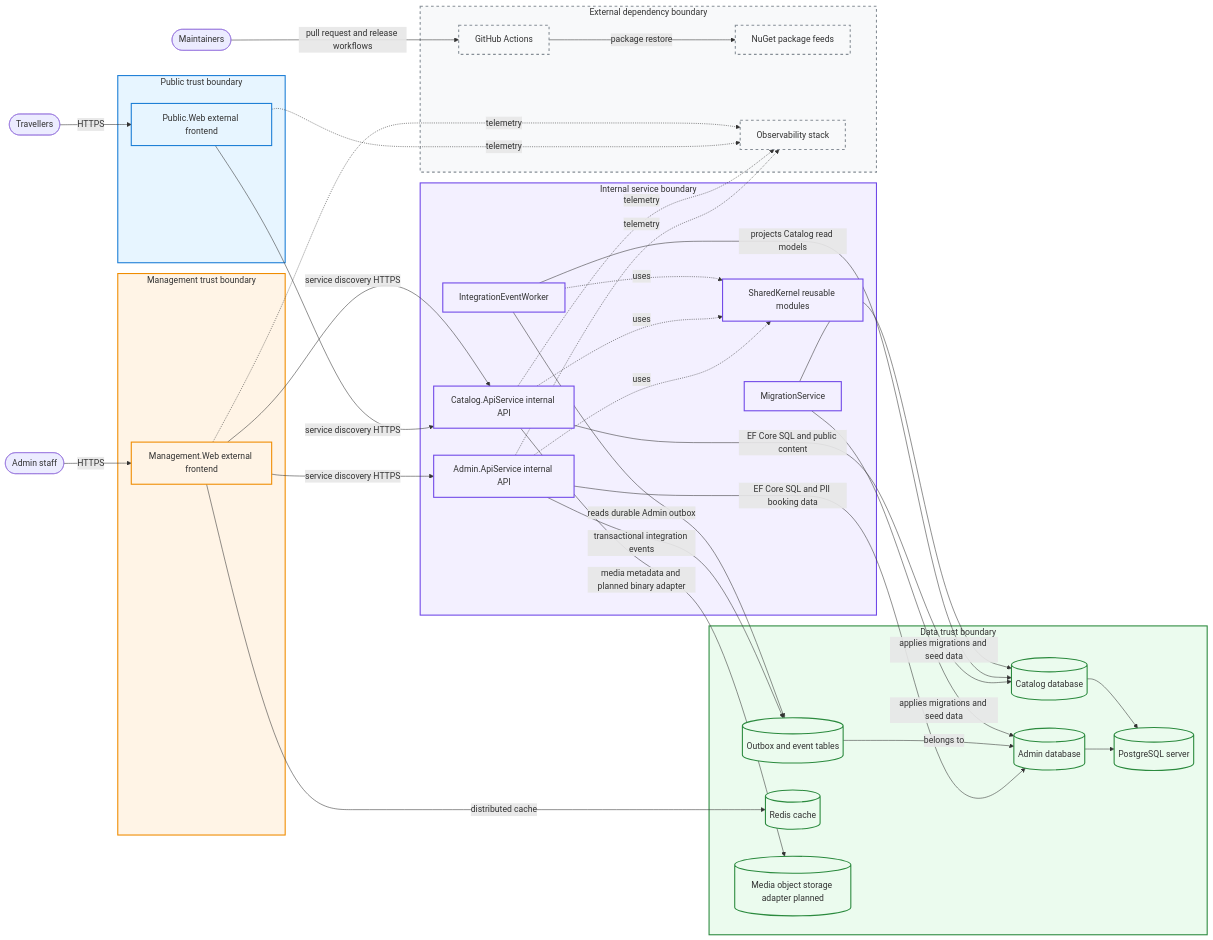
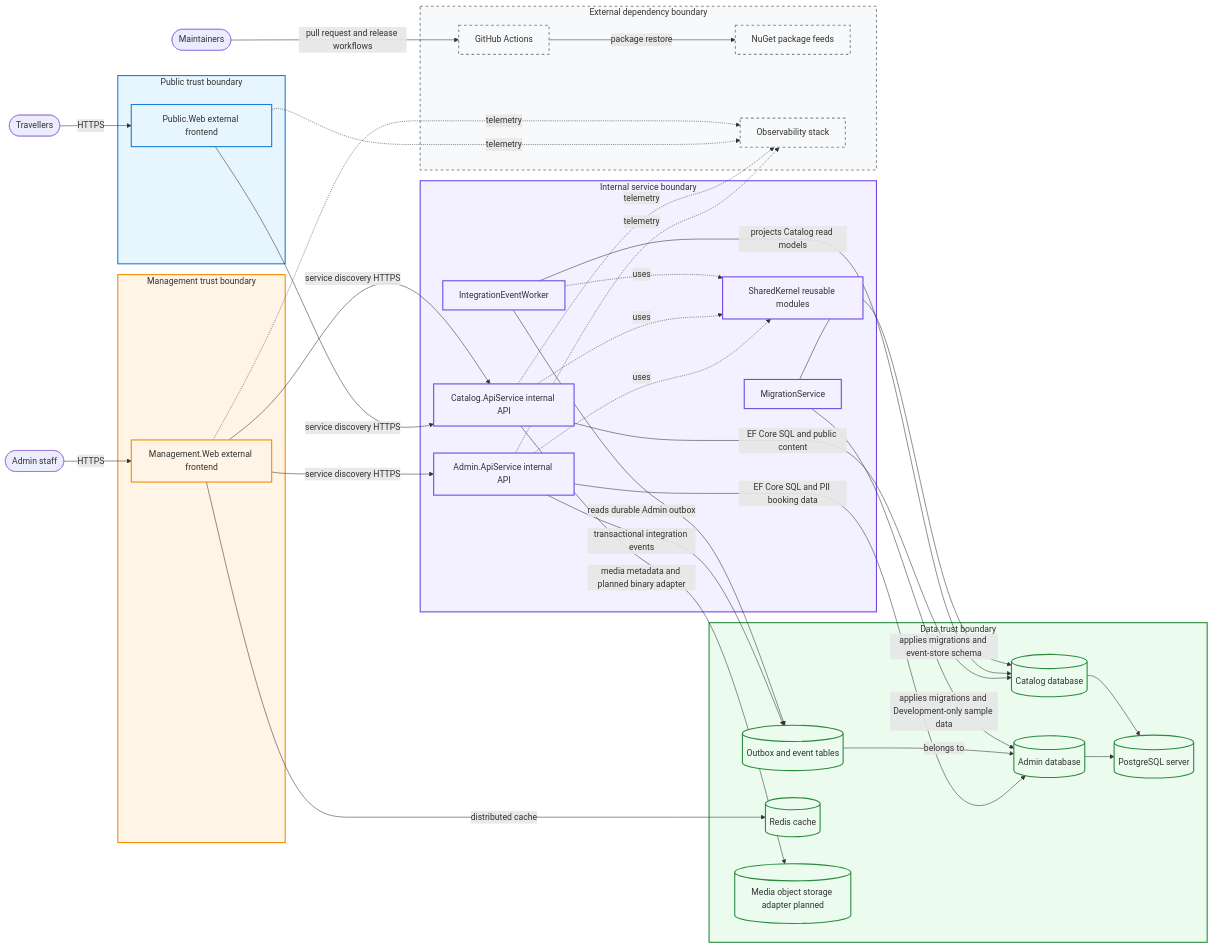
The diagram in docs/architecture/system-overview.md (danigutsch/ViajantesTurismo), drawn with Mermaid before and after one commit. The commit also changed 36 other files, not shown here.

````diff
--- a/docs/architecture/system-overview.md
+++ b/docs/architecture/system-overview.md
@@ -11,73 +11,73 @@
 ```mermaid
 flowchart LR
     traveller([Travellers])
     staff([Admin staff])
     maintainer([Maintainers])
     subgraph publicBoundary[Public trust boundary]
         publicWeb[Public.Web external frontend]
     end
     subgraph managementBoundary[Management trust boundary]
         managementWeb[Management.Web external frontend]
     end
     subgraph internalBoundary[Internal service boundary]
         adminApi[Admin.ApiService internal API]
         catalogApi[Catalog.ApiService internal API]
         worker[IntegrationEventWorker]
         migration[MigrationService]
         sharedKernel[SharedKernel reusable modules]
     end
     subgraph dataBoundary[Data trust boundary]
         databaseServer[(PostgreSQL server)]
         adminDatabase[(Admin database)]
         catalogDatabase[(Catalog database)]
         outbox[(Outbox and event tables)]
         cache[(Redis cache)]
         mediaStorage[(Media object storage adapter planned)]
     end
     subgraph externalBoundary[External dependency boundary]
         github[GitHub Actions]
         packageFeeds[NuGet package feeds]
         observability[Observability stack]
     end
     traveller -- HTTPS --> publicWeb
     staff -- HTTPS --> managementWeb
     maintainer -- pull request and release workflows --> github
     github -- package restore --> packageFeeds
     publicWeb -- service discovery HTTPS --> catalogApi
     managementWeb -- service discovery HTTPS --> adminApi
     managementWeb -- service discovery HTTPS --> catalogApi
     managementWeb -- distributed cache --> cache
     adminApi -- EF Core SQL and PII booking data --> adminDatabase
     adminApi -- transactional integration events --> outbox
     outbox -- belongs to --> adminDatabase
     catalogApi -- EF Core SQL and public content --> catalogDatabase
     catalogApi -- media metadata and planned binary adapter --> mediaStorage
     worker -- reads durable Admin outbox --> outbox
     worker -- projects Catalog read models --> catalogDatabase
-    migration -- applies migrations and seed data --> adminDatabase
-    migration -- applies migrations and seed data --> catalogDatabase
+    migration -- applies migrations and Development-only sample data --> adminDatabase
+    migration -- applies migrations and event-store schema --> catalogDatabase
     adminDatabase --> databaseServer
     catalogDatabase --> databaseServer
     adminApi -. uses .-> sharedKernel
     catalogApi -. uses .-> sharedKernel
     worker -. uses .-> sharedKernel
     publicWeb -. telemetry .-> observability
     managementWeb -. telemetry .-> observability
     adminApi -. telemetry .-> observability
     catalogApi -. telemetry .-> observability
     style publicBoundary fill:#e7f5ff,stroke:#1c7ed6,stroke-width:2px
     style managementBoundary fill:#fff4e6,stroke:#f08c00,stroke-width:2px
     style internalBoundary fill:#f3f0ff,stroke:#7048e8,stroke-width:2px
     style dataBoundary fill:#ebfbee,stroke:#2b8a3e,stroke-width:2px
     style externalBoundary fill:#f8f9fa,stroke:#868e96,stroke-width:2px,stroke-dasharray: 5 5
     classDef public fill:#e7f5ff,stroke:#1c7ed6,stroke-width:2px
     classDef management fill:#fff4e6,stroke:#f08c00,stroke-width:2px
     classDef internal fill:#f3f0ff,stroke:#7048e8,stroke-width:2px
     classDef data fill:#ebfbee,stroke:#2b8a3e,stroke-width:2px
     classDef external fill:#f8f9fa,stroke:#868e96,stroke-width:2px,stroke-dasharray: 5 5
     class publicWeb public
     class managementWeb management
     class adminApi,catalogApi,worker,migration,sharedKernel internal
     class databaseServer,adminDatabase,catalogDatabase,outbox,cache,mediaStorage data
     class github,packageFeeds,observability external
 ```
````
